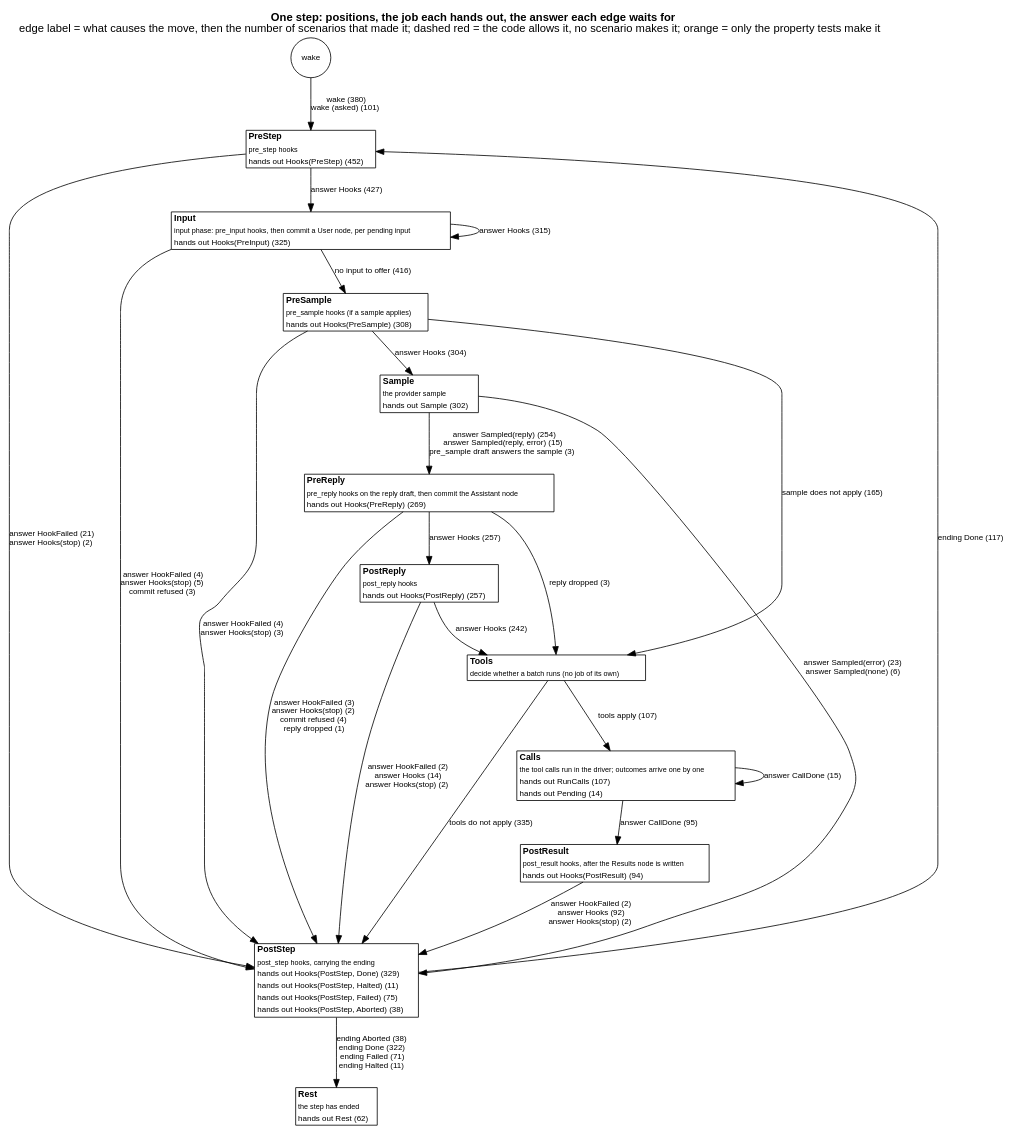
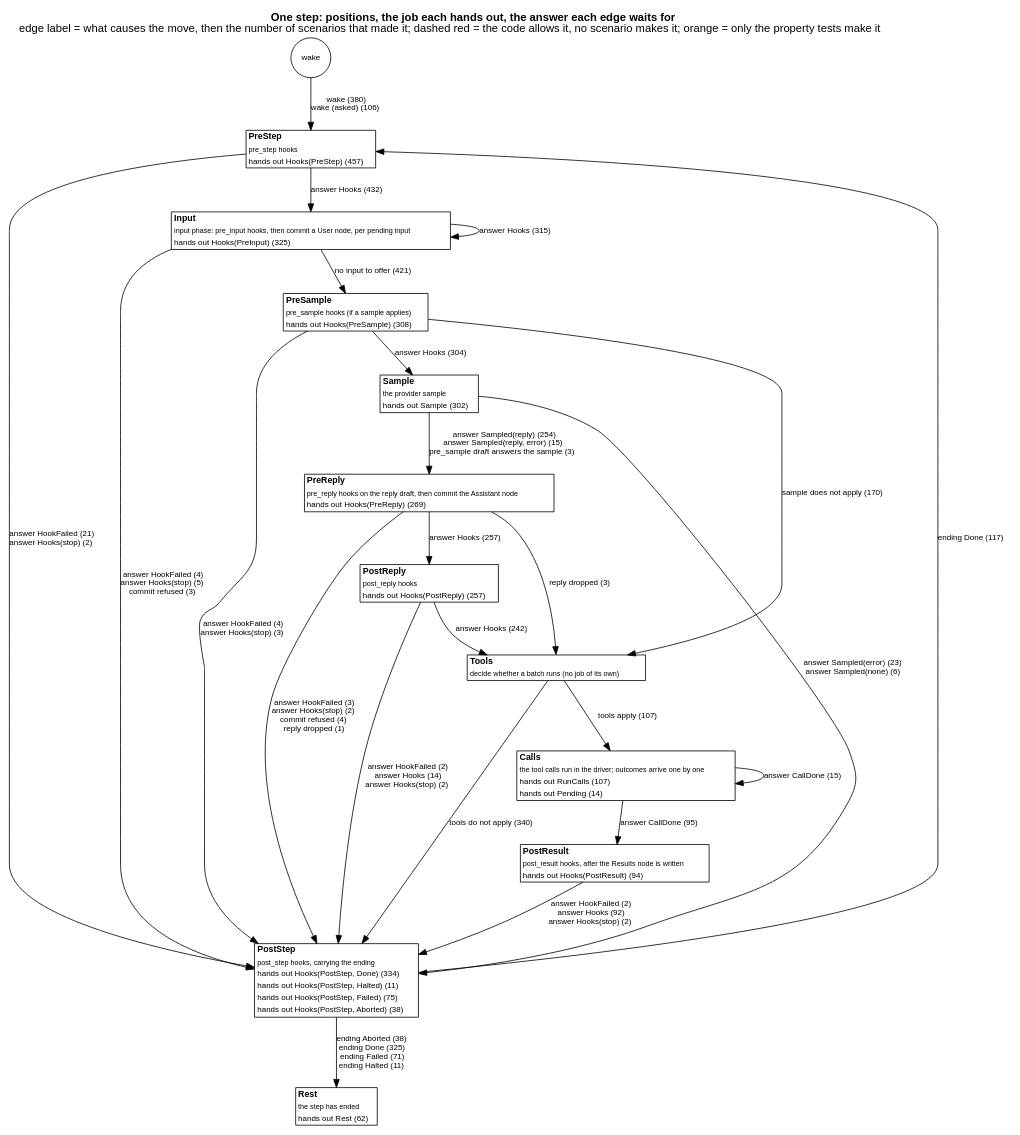
One commit to jmccardle/tau changed the diagram in docs/as-built/diagrams/step-positions.dot. Above: the diagram before and after it, drawn with Graphviz. The commit also changed 16 other files, not shown here.

```diff
--- a/docs/as-built/diagrams/step-positions.dot
+++ b/docs/as-built/diagrams/step-positions.dot
@@ -1,41 +1,41 @@
 // Generated by scripts/diagrams.sh from the test suites' transitions. Do not edit.
 digraph step_positions {
   graph [rankdir=TB, fontname="Helvetica", nodesep=0.5, ranksep=0.6, labelloc=t, label=<<b>One step: positions, the job each hands out, the answer each edge waits for</b><br/>edge label = what causes the move, then the number of scenarios that made it; dashed red = the code allows it, no scenario makes it; orange = only the property tests make it>];
   node [shape=plain, fontname="Helvetica", fontsize=11];
   edge [fontname="Helvetica", fontsize=10];
   "(wake)" [shape=circle, label="wake", fontsize=10];
-  "PreStep" [label=<<table border="1" cellborder="0" cellspacing="0" bgcolor="white"><tr><td align="left"><b>PreStep</b></td></tr><tr><td align="left"><font point-size="9">pre_step hooks</font></td></tr><tr><td align="left"><font color="black" point-size="10">hands out Hooks(PreStep) (452)</font></td></tr></table>>];
+  "PreStep" [label=<<table border="1" cellborder="0" cellspacing="0" bgcolor="white"><tr><td align="left"><b>PreStep</b></td></tr><tr><td align="left"><font point-size="9">pre_step hooks</font></td></tr><tr><td align="left"><font color="black" point-size="10">hands out Hooks(PreStep) (457)</font></td></tr></table>>];
   "Input" [label=<<table border="1" cellborder="0" cellspacing="0" bgcolor="white"><tr><td align="left"><b>Input</b></td></tr><tr><td align="left"><font point-size="9">input phase: pre_input hooks, then commit a User node, per pending input</font></td></tr><tr><td align="left"><font color="black" point-size="10">hands out Hooks(PreInput) (325)</font></td></tr></table>>];
   "PreSample" [label=<<table border="1" cellborder="0" cellspacing="0" bgcolor="white"><tr><td align="left"><b>PreSample</b></td></tr><tr><td align="left"><font point-size="9">pre_sample hooks (if a sample applies)</font></td></tr><tr><td align="left"><font color="black" point-size="10">hands out Hooks(PreSample) (308)</font></td></tr></table>>];
   "Sample" [label=<<table border="1" cellborder="0" cellspacing="0" bgcolor="white"><tr><td align="left"><b>Sample</b></td></tr><tr><td align="left"><font point-size="9">the provider sample</font></td></tr><tr><td align="left"><font color="black" point-size="10">hands out Sample (302)</font></td></tr></table>>];
   "PreReply" [label=<<table border="1" cellborder="0" cellspacing="0" bgcolor="white"><tr><td align="left"><b>PreReply</b></td></tr><tr><td align="left"><font point-size="9">pre_reply hooks on the reply draft, then commit the Assistant node</font></td></tr><tr><td align="left"><font color="black" point-size="10">hands out Hooks(PreReply) (269)</font></td></tr></table>>];
   "PostReply" [label=<<table border="1" cellborder="0" cellspacing="0" bgcolor="white"><tr><td align="left"><b>PostReply</b></td></tr><tr><td align="left"><font point-size="9">post_reply hooks</font></td></tr><tr><td align="left"><font color="black" point-size="10">hands out Hooks(PostReply) (257)</font></td></tr></table>>];
   "Tools" [label=<<table border="1" cellborder="0" cellspacing="0" bgcolor="white"><tr><td align="left"><b>Tools</b></td></tr><tr><td align="left"><font point-size="9">decide whether a batch runs (no job of its own)</font></td></tr></table>>];
   "Calls" [label=<<table border="1" cellborder="0" cellspacing="0" bgcolor="white"><tr><td align="left"><b>Calls</b></td></tr><tr><td align="left"><font point-size="9">the tool calls run in the driver; outcomes arrive one by one</font></td></tr><tr><td align="left"><font color="black" point-size="10">hands out RunCalls (107)</font></td></tr><tr><td align="left"><font color="black" point-size="10">hands out Pending (14)</font></td></tr></table>>];
   "PostResult" [label=<<table border="1" cellborder="0" cellspacing="0" bgcolor="white"><tr><td align="left"><b>PostResult</b></td></tr><tr><td align="left"><font point-size="9">post_result hooks, after the Results node is written</font></td></tr><tr><td align="left"><font color="black" point-size="10">hands out Hooks(PostResult) (94)</font></td></tr></table>>];
-  "PostStep" [label=<<table border="1" cellborder="0" cellspacing="0" bgcolor="white"><tr><td align="left"><b>PostStep</b></td></tr><tr><td align="left"><font point-size="9">post_step hooks, carrying the ending</font></td></tr><tr><td align="left"><font color="black" point-size="10">hands out Hooks(PostStep, Done) (329)</font></td></tr><tr><td align="left"><font color="black" point-size="10">hands out Hooks(PostStep, Halted) (11)</font></td></tr><tr><td align="left"><font color="black" point-size="10">hands out Hooks(PostStep, Failed) (75)</font></td></tr><tr><td align="left"><font color="black" point-size="10">hands out Hooks(PostStep, Aborted) (38)</font></td></tr></table>>];
+  "PostStep" [label=<<table border="1" cellborder="0" cellspacing="0" bgcolor="white"><tr><td align="left"><b>PostStep</b></td></tr><tr><td align="left"><font point-size="9">post_step hooks, carrying the ending</font></td></tr><tr><td align="left"><font color="black" point-size="10">hands out Hooks(PostStep, Done) (334)</font></td></tr><tr><td align="left"><font color="black" point-size="10">hands out Hooks(PostStep, Halted) (11)</font></td></tr><tr><td align="left"><font color="black" point-size="10">hands out Hooks(PostStep, Failed) (75)</font></td></tr><tr><td align="left"><font color="black" point-size="10">hands out Hooks(PostStep, Aborted) (38)</font></td></tr></table>>];
   "Rest" [label=<<table border="1" cellborder="0" cellspacing="0" bgcolor="white"><tr><td align="left"><b>Rest</b></td></tr><tr><td align="left"><font point-size="9">the step has ended</font></td></tr><tr><td align="left"><font color="black" point-size="10">hands out Rest (62)</font></td></tr></table>>];
-  "(wake)" -> "PreStep" [label=<wake (380)<br/>wake (asked) (101)>, color="black", style=solid];
+  "(wake)" -> "PreStep" [label=<wake (380)<br/>wake (asked) (106)>, color="black", style=solid];
   "Calls" -> "Calls" [label=<answer CallDone (15)>, color="black", style=solid];
   "Calls" -> "PostResult" [label=<answer CallDone (95)>, color="black", style=solid];
   "Input" -> "Input" [label=<answer Hooks (315)>, color="black", style=solid];
   "Input" -> "PostStep" [label=<answer HookFailed (4)<br/>answer Hooks(stop) (5)<br/>commit refused (3)>, color="black", style=solid];
-  "Input" -> "PreSample" [label=<no input to offer (416)>, color="black", style=solid];
+  "Input" -> "PreSample" [label=<no input to offer (421)>, color="black", style=solid];
   "PostReply" -> "PostStep" [label=<answer HookFailed (2)<br/>answer Hooks (14)<br/>answer Hooks(stop) (2)>, color="black", style=solid];
   "PostReply" -> "Tools" [label=<answer Hooks (242)>, color="black", style=solid];
   "PostResult" -> "PostStep" [label=<answer HookFailed (2)<br/>answer Hooks (92)<br/>answer Hooks(stop) (2)>, color="black", style=solid];
   "PostStep" -> "PreStep" [label=<ending Done (117)>, color="black", style=solid];
-  "PostStep" -> "Rest" [label=<ending Aborted (38)<br/>ending Done (322)<br/>ending Failed (71)<br/>ending Halted (11)>, color="black", style=solid];
+  "PostStep" -> "Rest" [label=<ending Aborted (38)<br/>ending Done (325)<br/>ending Failed (71)<br/>ending Halted (11)>, color="black", style=solid];
   "PreReply" -> "PostReply" [label=<answer Hooks (257)>, color="black", style=solid];
   "PreReply" -> "PostStep" [label=<answer HookFailed (3)<br/>answer Hooks(stop) (2)<br/>commit refused (4)<br/>reply dropped (1)>, color="black", style=solid];
   "PreReply" -> "Tools" [label=<reply dropped (3)>, color="black", style=solid];
   "PreSample" -> "PostStep" [label=<answer HookFailed (4)<br/>answer Hooks(stop) (3)>, color="black", style=solid];
   "PreSample" -> "Sample" [label=<answer Hooks (304)>, color="black", style=solid];
-  "PreSample" -> "Tools" [label=<sample does not apply (165)>, color="black", style=solid];
-  "PreStep" -> "Input" [label=<answer Hooks (427)>, color="black", style=solid];
+  "PreSample" -> "Tools" [label=<sample does not apply (170)>, color="black", style=solid];
+  "PreStep" -> "Input" [label=<answer Hooks (432)>, color="black", style=solid];
   "PreStep" -> "PostStep" [label=<answer HookFailed (21)<br/>answer Hooks(stop) (2)>, color="black", style=solid];
   "Sample" -> "PostStep" [label=<answer Sampled(error) (23)<br/>answer Sampled(none) (6)>, color="black", style=solid];
   "Sample" -> "PreReply" [label=<answer Sampled(reply) (254)<br/>answer Sampled(reply, error) (15)<br/>pre_sample draft answers the sample (3)>, color="black", style=solid];
   "Tools" -> "Calls" [label=<tools apply (107)>, color="black", style=solid];
-  "Tools" -> "PostStep" [label=<tools do not apply (335)>, color="black", style=solid];
+  "Tools" -> "PostStep" [label=<tools do not apply (340)>, color="black", style=solid];
 }
```
